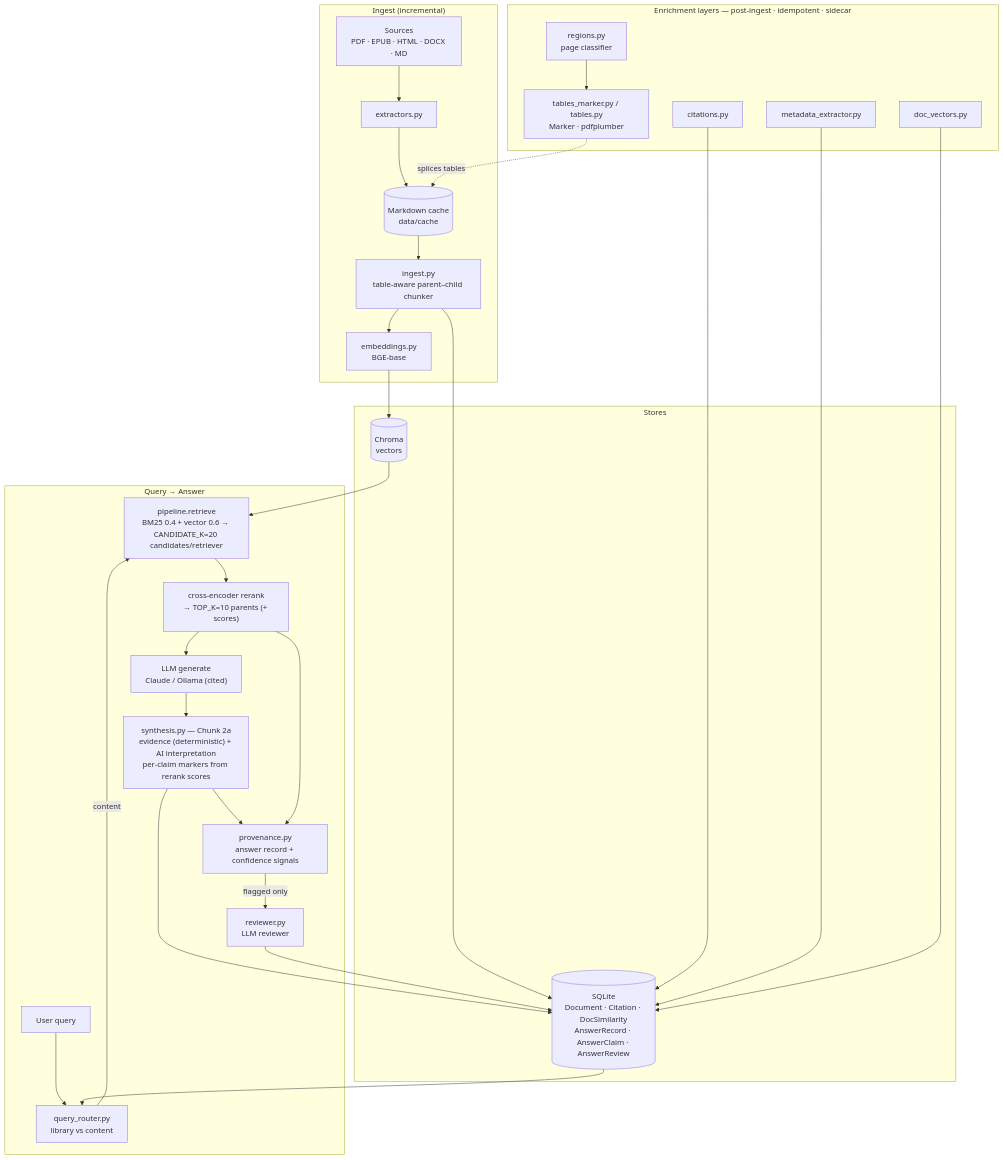
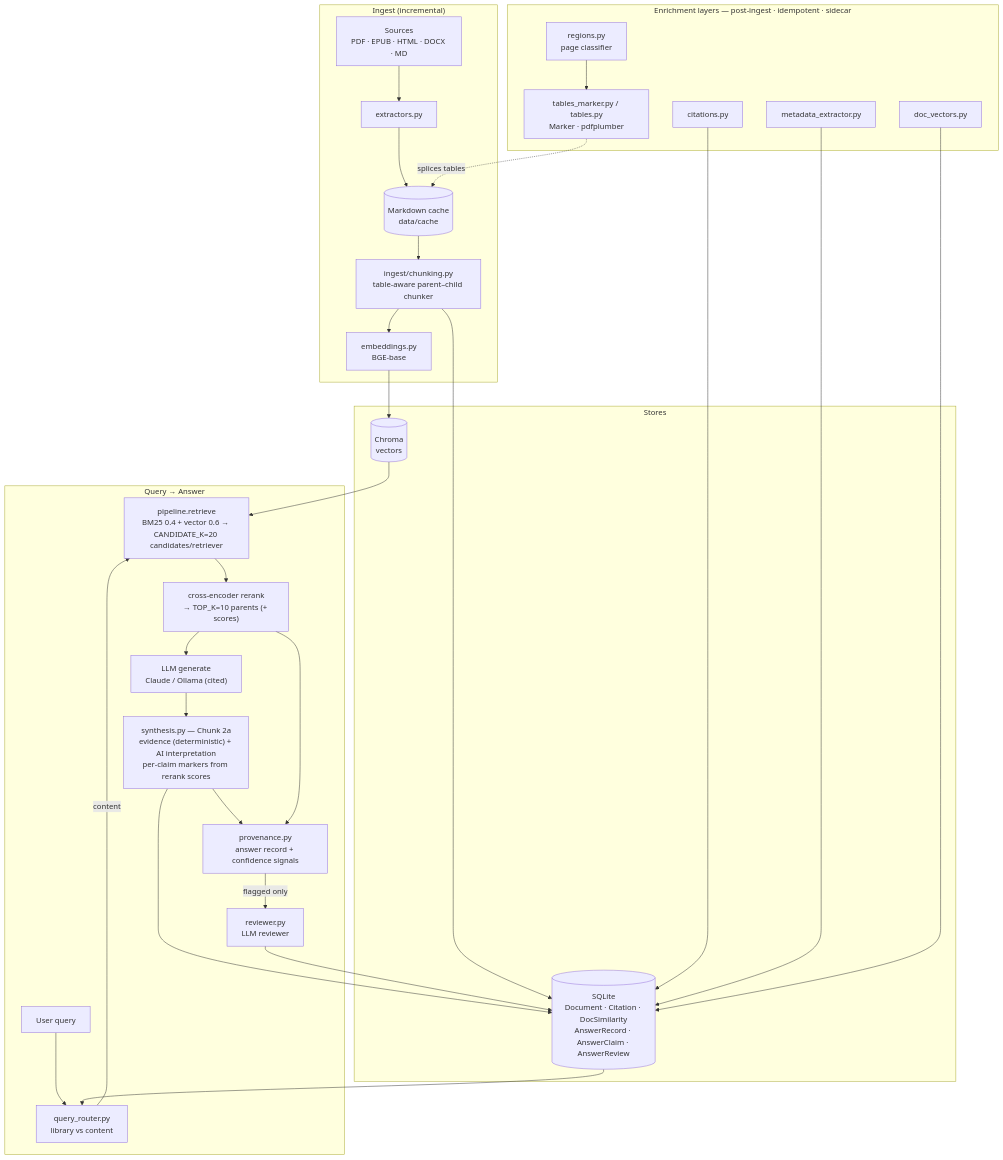
Before and after one commit to ldele/doc_assistant: the diagram in docs/architecture.md, drawn with Mermaid. The commit also changed other lines of this file and 38 other files, not shown here.

````diff
--- a/docs/architecture.md
+++ b/docs/architecture.md
@@ -30,43 +30,43 @@
 ```mermaid
 flowchart TD
     subgraph ING["Ingest (incremental)"]
         SRC["Sources<br/>PDF · EPUB · HTML · DOCX · MD"] --> EXT["extractors.py"]
         EXT --> CACHE[("Markdown cache<br/>data/cache")]
-        CACHE --> CHUNK["ingest.py<br/>table-aware parent–child chunker"]
+        CACHE --> CHUNK["ingest/chunking.py<br/>table-aware parent–child chunker"]
         CHUNK --> EMB["embeddings.py<br/>BGE-base"]
     end
 
     subgraph ENR["Enrichment layers — post-ingest · idempotent · sidecar"]
         REG["regions.py<br/>page classifier"] --> TBL["tables_marker.py / tables.py<br/>Marker · pdfplumber"]
         CIT["citations.py"]
         MD["metadata_extractor.py"]
         DV["doc_vectors.py"]
     end
 
     subgraph ST["Stores"]
         CHROMA[("Chroma<br/>vectors")]
         SQL[("SQLite<br/>Document · Citation · DocSimilarity<br/>AnswerRecord · AnswerClaim · AnswerReview")]
     end
 
     subgraph QRY["Query → Answer"]
         Q["User query"] --> ROUTE["query_router.py<br/>library vs content"]
         ROUTE -->|content| RET["pipeline.retrieve<br/>BM25 0.4 + vector 0.6 → CANDIDATE_K=20 candidates/retriever"]
         RET --> RR["cross-encoder rerank<br/>→ TOP_K=10 parents (+ scores)"]
         RR --> GEN["LLM generate<br/>Claude / Ollama (cited)"]
         GEN --> SYN["synthesis.py — Chunk 2a<br/>evidence (deterministic) + AI interpretation<br/>per-claim markers from rerank scores"]
         SYN --> PROV["provenance.py<br/>answer record + confidence signals"]
         PROV -->|flagged only| REV["reviewer.py<br/>LLM reviewer"]
     end
 
     EMB --> CHROMA
     CHUNK --> SQL
     CIT --> SQL
     MD --> SQL
     DV --> SQL
     TBL -. splices tables .-> CACHE
     CHROMA --> RET
     SQL --> ROUTE
     RR --> PROV
     SYN --> SQL
     REV --> SQL
 ```
````
